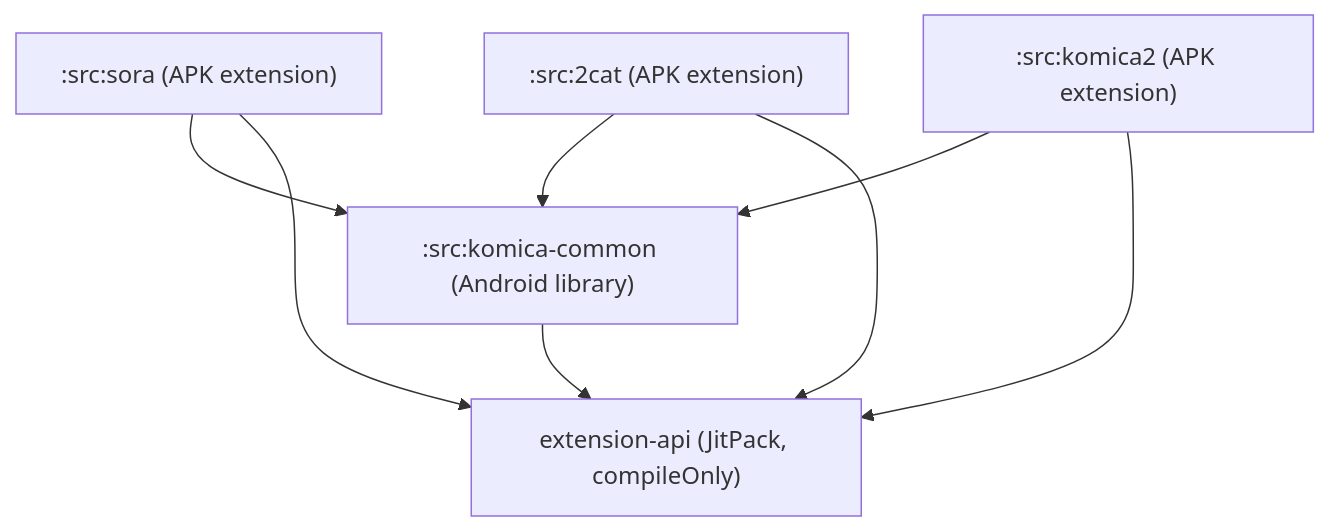
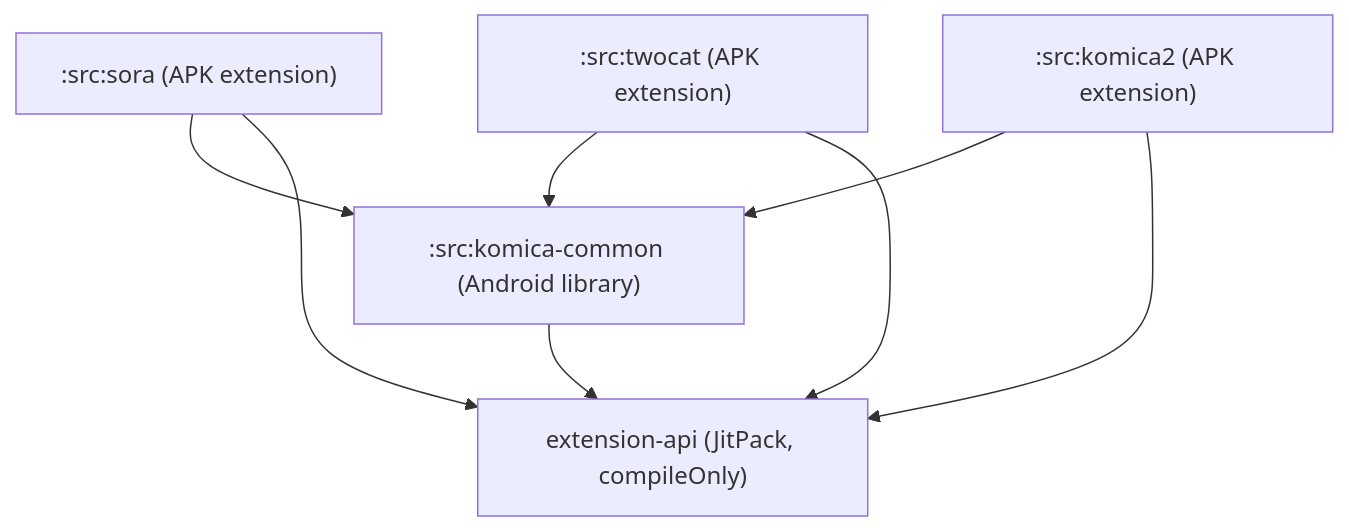
One commit to komicaviewer/NewsHub changed the first of 2 diagrams in docs/superpowers/specs/2026-04-14-komica-extension-migration-design.md. Above: the diagram before and after it, drawn with Mermaid. The commit also changed other lines of this file and 1 other file, not shown here.

First line of the commit message:
docs: 更新 twocat 命名與相容策略

````diff
--- a/docs/superpowers/specs/2026-04-14-komica-extension-migration-design.md
+++ b/docs/superpowers/specs/2026-04-14-komica-extension-migration-design.md
@@ -45,16 +45,16 @@
 ```mermaid
 graph TD
     extension-api["extension-api (JitPack, compileOnly)"]
     komica-common[":src:komica-common (Android library)"]
     sora[":src:sora (APK extension)"]
-    _2cat[":src:2cat (APK extension)"]
+    twocat[":src:twocat (APK extension)"]
     komica2[":src:komica2 (APK extension)"]
 
     sora --> komica-common
-    _2cat --> komica-common
+    twocat --> komica-common
     komica2 --> komica-common
     komica-common --> extension-api
     sora --> extension-api
-    _2cat --> extension-api
+    twocat --> extension-api
     komica2 --> extension-api
 ```
````
